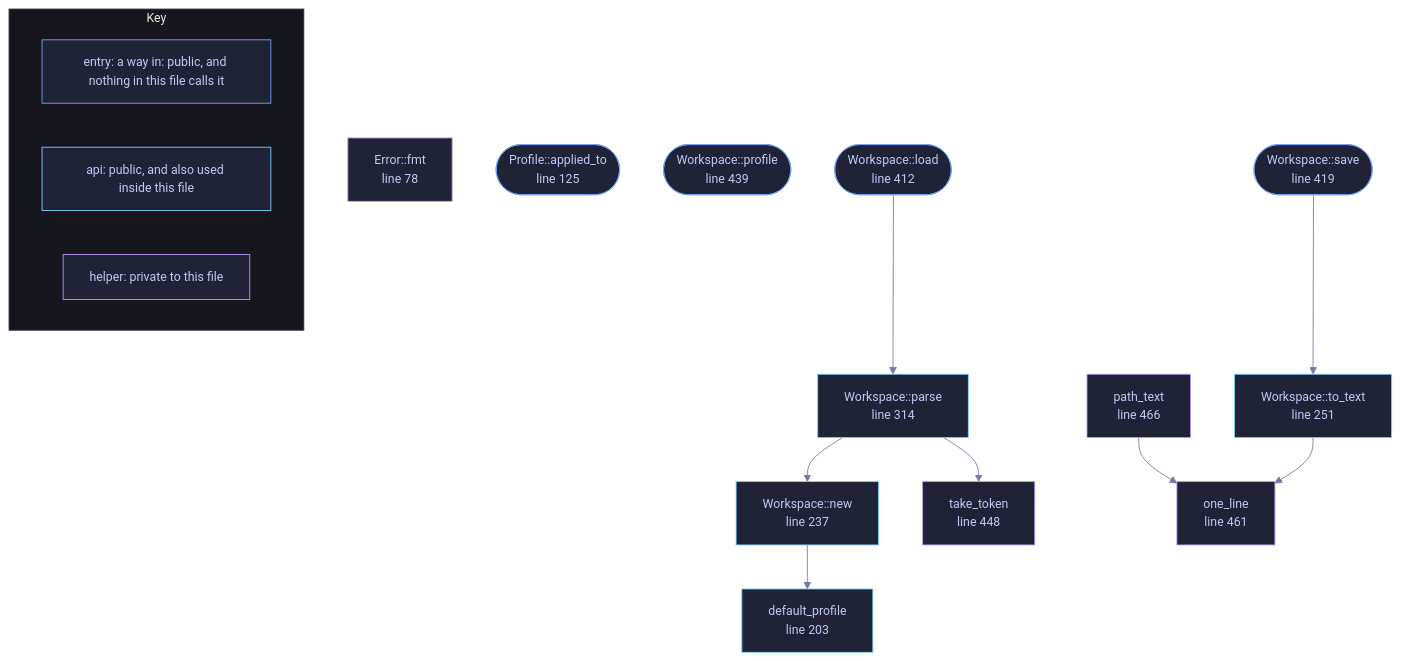
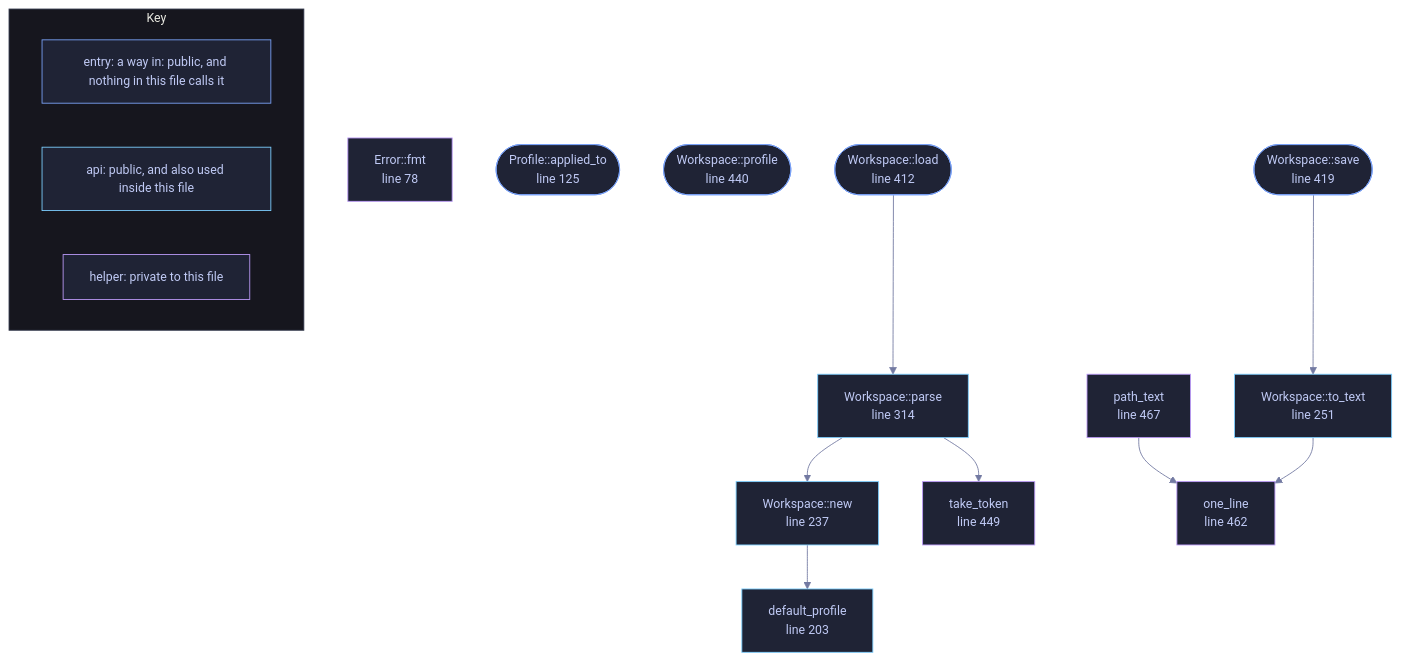
One commit to tilas01/veilvoice changed the diagram in docs/files/veilvoice-policy/workspace.md. Above: the diagram before and after it, drawn with Mermaid. The commit also changed other lines of this file and 514 other files, not shown here.

````diff
--- a/docs/files/veilvoice-policy/workspace.md
+++ b/docs/files/veilvoice-policy/workspace.md
@@ -121,52 +121,52 @@
 ```mermaid
 %%{init: {"theme":"base","themeVariables":{"background":"#1a1b26","primaryColor":"#1f2335","primaryTextColor":"#c0caf5","primaryBorderColor":"#7aa2f7","secondaryColor":"#16161e","tertiaryColor":"#16161e","lineColor":"#737aa2","textColor":"#c0caf5","mainBkg":"#1f2335","nodeBorder":"#7aa2f7","clusterBkg":"#16161e","clusterBorder":"#2f3549","fontFamily":"ui-monospace, SFMono-Regular, Consolas, monospace","fontSize":"14px"}}}%%
 flowchart TD
     n_fmt["Error::fmt<br/>line 78"]
     n_applied_to(["Profile::applied_to<br/>line 125"])
     n_profile(["profile<br/>line 198"])
     n_default_profile["default_profile<br/>line 203"]
     n_new["Workspace::new<br/>line 237"]
     n_to_text["Workspace::to_text<br/>line 251"]
     n_parse["Workspace::parse<br/>line 314"]
     n_load(["Workspace::load<br/>line 412"])
     n_save(["Workspace::save<br/>line 419"])
-    n_profile(["Workspace::profile<br/>line 439"])
-    n_take_token["take_token<br/>line 448"]
-    n_one_line["one_line<br/>line 461"]
-    n_path_text["path_text<br/>line 466"]
+    n_profile(["Workspace::profile<br/>line 440"])
+    n_take_token["take_token<br/>line 449"]
+    n_one_line["one_line<br/>line 462"]
+    n_path_text["path_text<br/>line 467"]
     n_load --> n_parse
     n_new --> n_default_profile
     n_parse --> n_new
     n_parse --> n_take_token
     n_path_text --> n_one_line
     n_save --> n_to_text
     n_to_text --> n_one_line
     click n_fmt href "https://github.com/tilas01/veilvoice/blob/main/crates/veilvoice-policy/src/workspace.rs#L78" "open the source"
     click n_applied_to href "https://github.com/tilas01/veilvoice/blob/main/crates/veilvoice-policy/src/workspace.rs#L125" "open the source"
     click n_profile href "https://github.com/tilas01/veilvoice/blob/main/crates/veilvoice-policy/src/workspace.rs#L198" "open the source"
     click n_default_profile href "https://github.com/tilas01/veilvoice/blob/main/crates/veilvoice-policy/src/workspace.rs#L203" "open the source"
     click n_new href "https://github.com/tilas01/veilvoice/blob/main/crates/veilvoice-policy/src/workspace.rs#L237" "open the source"
     click n_to_text href "https://github.com/tilas01/veilvoice/blob/main/crates/veilvoice-policy/src/workspace.rs#L251" "open the source"
     click n_parse href "https://github.com/tilas01/veilvoice/blob/main/crates/veilvoice-policy/src/workspace.rs#L314" "open the source"
     click n_load href "https://github.com/tilas01/veilvoice/blob/main/crates/veilvoice-policy/src/workspace.rs#L412" "open the source"
     click n_save href "https://github.com/tilas01/veilvoice/blob/main/crates/veilvoice-policy/src/workspace.rs#L419" "open the source"
-    click n_profile href "https://github.com/tilas01/veilvoice/blob/main/crates/veilvoice-policy/src/workspace.rs#L439" "open the source"
-    click n_take_token href "https://github.com/tilas01/veilvoice/blob/main/crates/veilvoice-policy/src/workspace.rs#L448" "open the source"
-    click n_one_line href "https://github.com/tilas01/veilvoice/blob/main/crates/veilvoice-policy/src/workspace.rs#L461" "open the source"
-    click n_path_text href "https://github.com/tilas01/veilvoice/blob/main/crates/veilvoice-policy/src/workspace.rs#L466" "open the source"
+    click n_profile href "https://github.com/tilas01/veilvoice/blob/main/crates/veilvoice-policy/src/workspace.rs#L440" "open the source"
+    click n_take_token href "https://github.com/tilas01/veilvoice/blob/main/crates/veilvoice-policy/src/workspace.rs#L449" "open the source"
+    click n_one_line href "https://github.com/tilas01/veilvoice/blob/main/crates/veilvoice-policy/src/workspace.rs#L462" "open the source"
+    click n_path_text href "https://github.com/tilas01/veilvoice/blob/main/crates/veilvoice-policy/src/workspace.rs#L467" "open the source"
     classDef entry fill:#1f2335,stroke:#7aa2f7,color:#c0caf5
     class n_applied_to,n_profile,n_load,n_save,n_profile entry
     classDef api fill:#1f2335,stroke:#7dcfff,color:#c0caf5
     class n_default_profile,n_new,n_to_text,n_parse api
     classDef helper fill:#1f2335,stroke:#bb9af7,color:#c0caf5
     class n_fmt,n_take_token,n_one_line,n_path_text helper
     subgraph chart_key ["Key"]
         direction LR
         key_entry["entry: a way in: public, and nothing in this file calls it"]
         key_api["api: public, and also used inside this file"]
         key_helper["helper: private to this file"]
     end
     class key_entry entry
     class key_api api
     class key_helper helper
 ```
````
